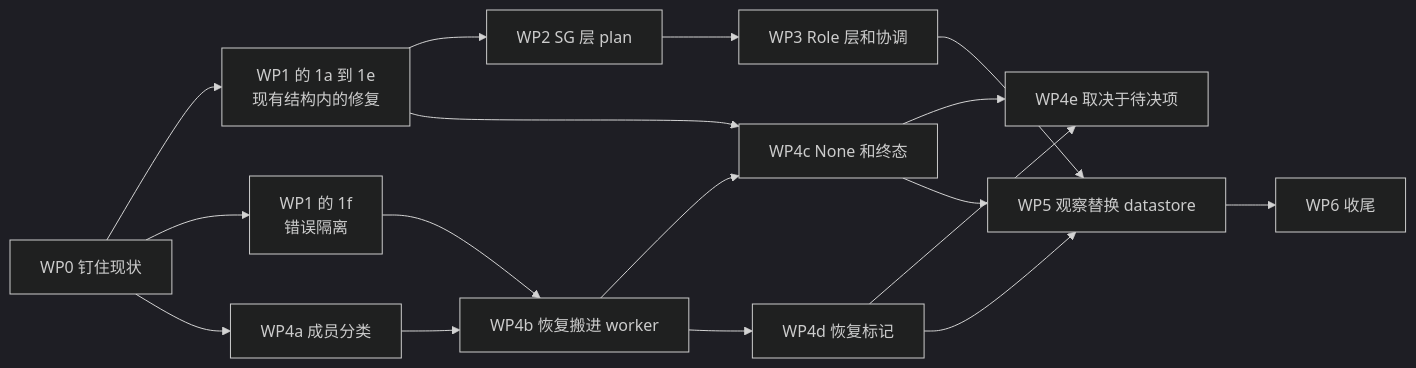
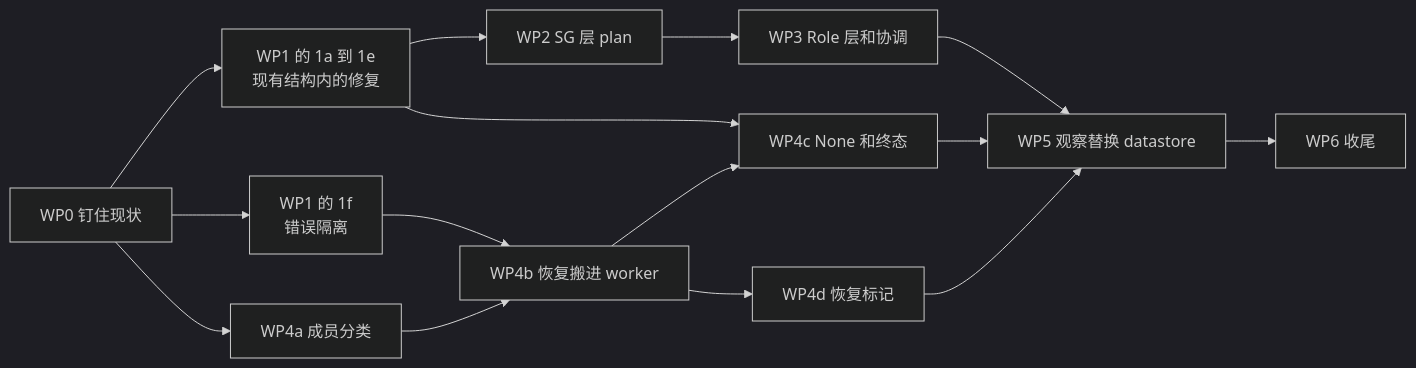
Before and after one commit to VanderChen/kthena: the diagram in docs/proposal/modelserving-rollout-final/05-refactoring-plan.md, drawn with Mermaid (dark theme). The commit also changed other lines of this file and 6 other files, not shown here.

````diff
--- a/docs/proposal/modelserving-rollout-final/05-refactoring-plan.md
+++ b/docs/proposal/modelserving-rollout-final/05-refactoring-plan.md
@@ -66,19 +66,17 @@
 ```mermaid
 flowchart LR
     WP0[WP0 钉住现状] --> WP1[WP1 的 1a 到 1e<br/>现有结构内的修复]
     WP0 --> WP1f[WP1 的 1f<br/>错误隔离]
     WP0 --> WP4a[WP4a 成员分类]
     WP1 --> WP2[WP2 SG 层 plan]
     WP2 --> WP3[WP3 Role 层和协调]
     WP4a --> WP4b[WP4b 恢复搬进 worker]
     WP1f --> WP4b
     WP4b --> WP4c[WP4c None 和终态]
     WP4b --> WP4d[WP4d 恢复标记]
     WP1 --> WP4c
-    WP4c --> WP4e[WP4e 取决于待决项]
-    WP4d --> WP4e
     WP3 --> WP5[WP5 观察替换 datastore]
     WP4c --> WP5
     WP4d --> WP5
     WP5 --> WP6[WP6 收尾]
 ```
````
